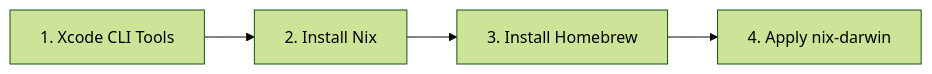
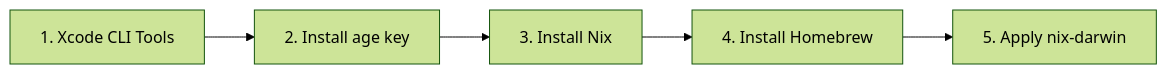
One commit to milhamh95/nix-config changed the fifth of 5 diagrams in docs/architecture.md. Above: the diagram before and after it, drawn with Mermaid (forest theme). The commit also changed other lines of this file and 6 other files, not shown here.

First line of the commit message:
feat: automate age key setup during installation

````diff
--- a/docs/architecture.md
+++ b/docs/architecture.md
@@ -444,4 +445,4 @@
 ```mermaid
 flowchart LR
-    s1["1. Xcode CLI Tools"] --> s2["2. Install Nix"] --> s3["3. Install Homebrew"] --> s4["4. Apply nix-darwin"]
+    s1["1. Xcode CLI Tools"] --> s2["2. Install age key"] --> s3["3. Install Nix"] --> s4["4. Install Homebrew"] --> s5["5. Apply nix-darwin"]
 ```
````
